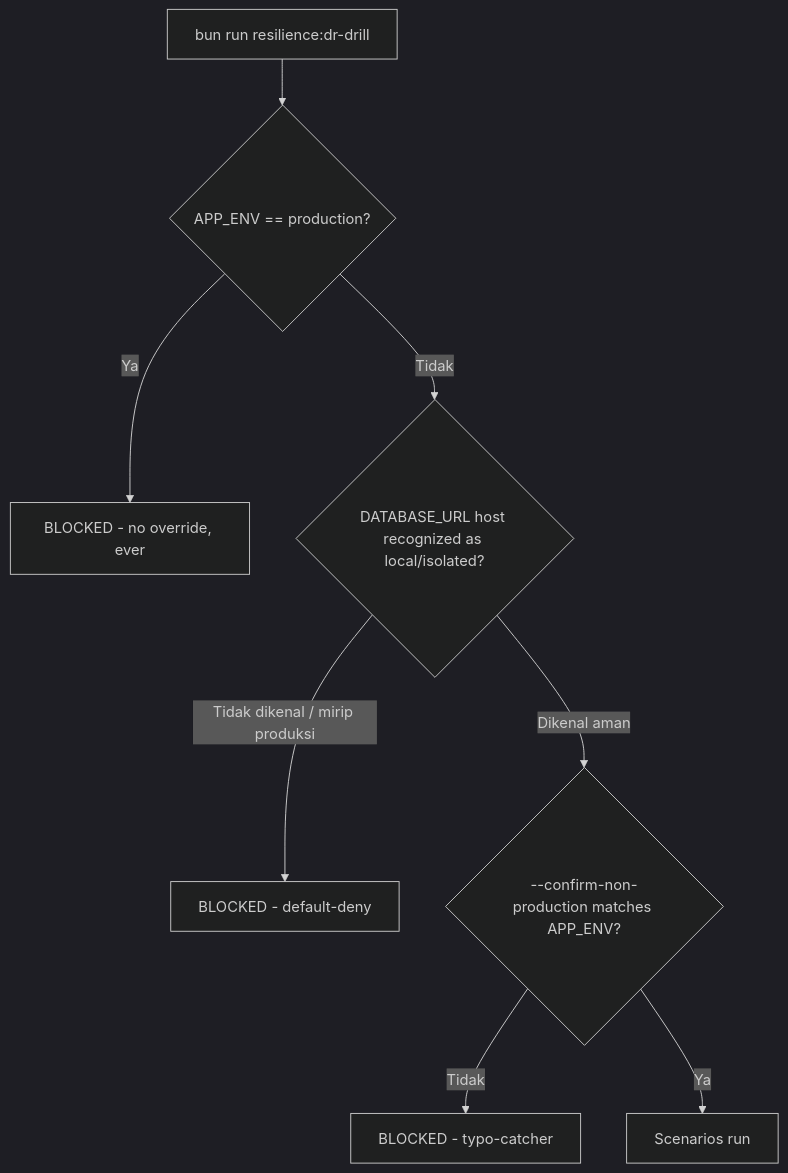
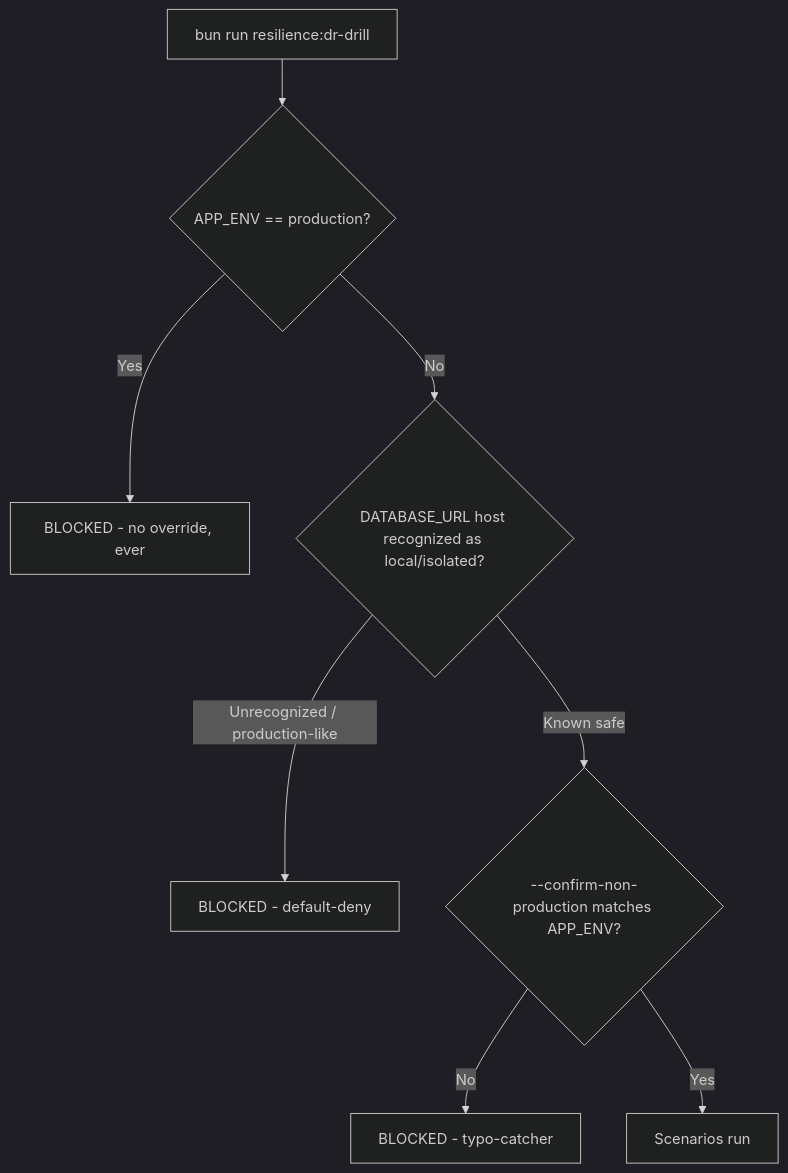
The diagram in docs/awcms/resilience-dr-verification.md (ahliweb/awcms), drawn with Mermaid (dark theme) before and after one commit. The commit also changed other lines of this file and 603 other files, not shown here.

````diff
--- a/docs/awcms/resilience-dr-verification.md
+++ b/docs/awcms/resilience-dr-verification.md
@@ -42,10 +45,10 @@
 ```mermaid
 flowchart TD
   Start[bun run resilience:dr-drill] --> AppEnv{APP_ENV == production?}
-  AppEnv -- Ya --> Block1[BLOCKED - no override, ever]
-  AppEnv -- Tidak --> Host{DATABASE_URL host recognized as local/isolated?}
-  Host -- Tidak dikenal / mirip produksi --> Block2[BLOCKED - default-deny]
-  Host -- Dikenal aman --> Confirm{--confirm-non-production matches APP_ENV?}
-  Confirm -- Tidak --> Block3[BLOCKED - typo-catcher]
-  Confirm -- Ya --> Run[Scenarios run]
+  AppEnv -- Yes --> Block1[BLOCKED - no override, ever]
+  AppEnv -- No --> Host{DATABASE_URL host recognized as local/isolated?}
+  Host -- Unrecognized / production-like --> Block2[BLOCKED - default-deny]
+  Host -- Known safe --> Confirm{--confirm-non-production matches APP_ENV?}
+  Confirm -- No --> Block3[BLOCKED - typo-catcher]
+  Confirm -- Yes --> Run[Scenarios run]
 ```
````
